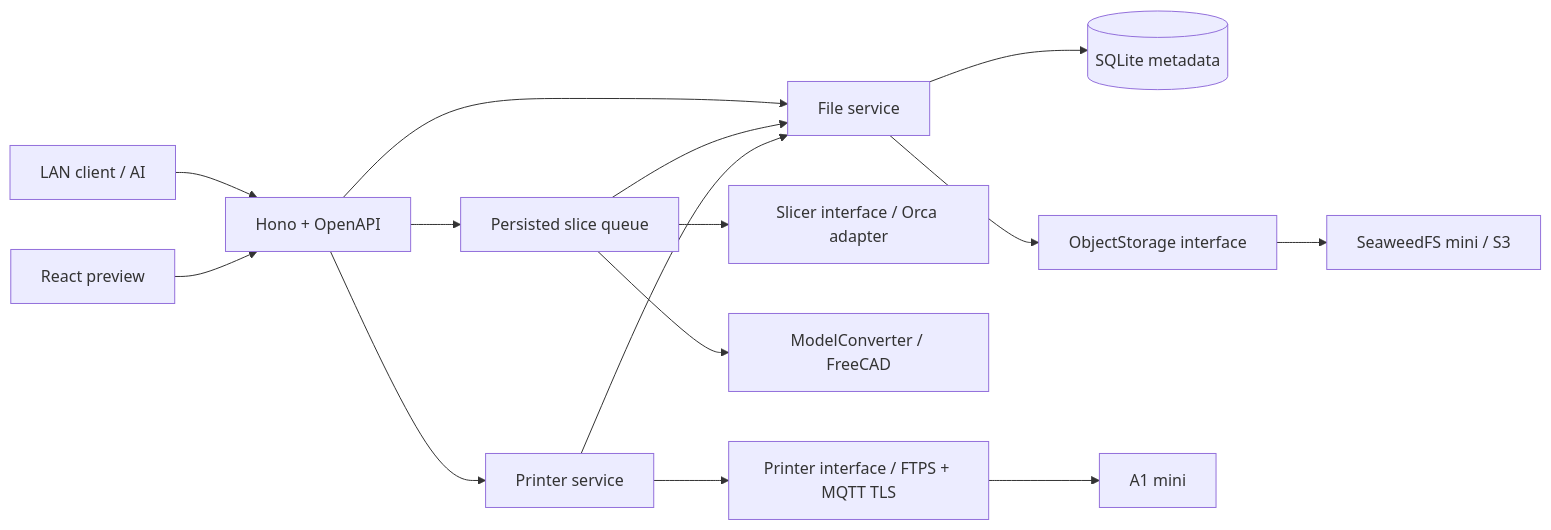
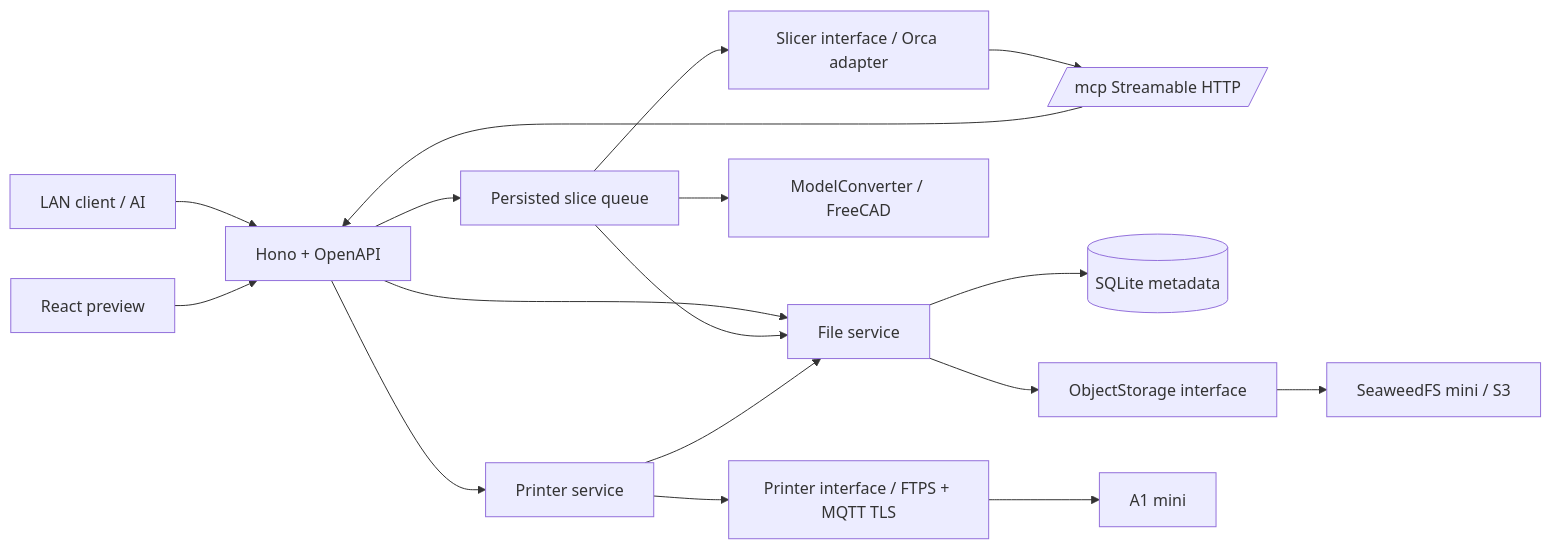
One commit to hapo31/pi_wedge changed the diagram in docs/architecture.md. Above: the diagram before and after it, drawn with Mermaid. The commit also changed other lines of this file and 5 other files, not shown here.

````diff
--- a/docs/architecture.md
+++ b/docs/architecture.md
@@ -3,17 +3,19 @@
 ```mermaid
 flowchart LR
   C[LAN client / AI] --> H[Hono + OpenAPI]
+  A[MCP client] --> X[/mcp Streamable HTTP/]
+  X --> H
   U[React preview] --> H
   H --> F[File service]
   H --> Q[Persisted slice queue]
   H --> P[Printer service]
   F --> D[(SQLite metadata)]
   F --> S[ObjectStorage interface]
   S --> W[SeaweedFS mini / S3]
   Q --> A[Slicer interface / Orca adapter]
   Q --> M[ModelConverter / FreeCAD]
   Q --> F
   P --> F
   P --> B[Printer interface / FTPS + MQTT TLS]
   B --> R[A1 mini]
 ```
````
